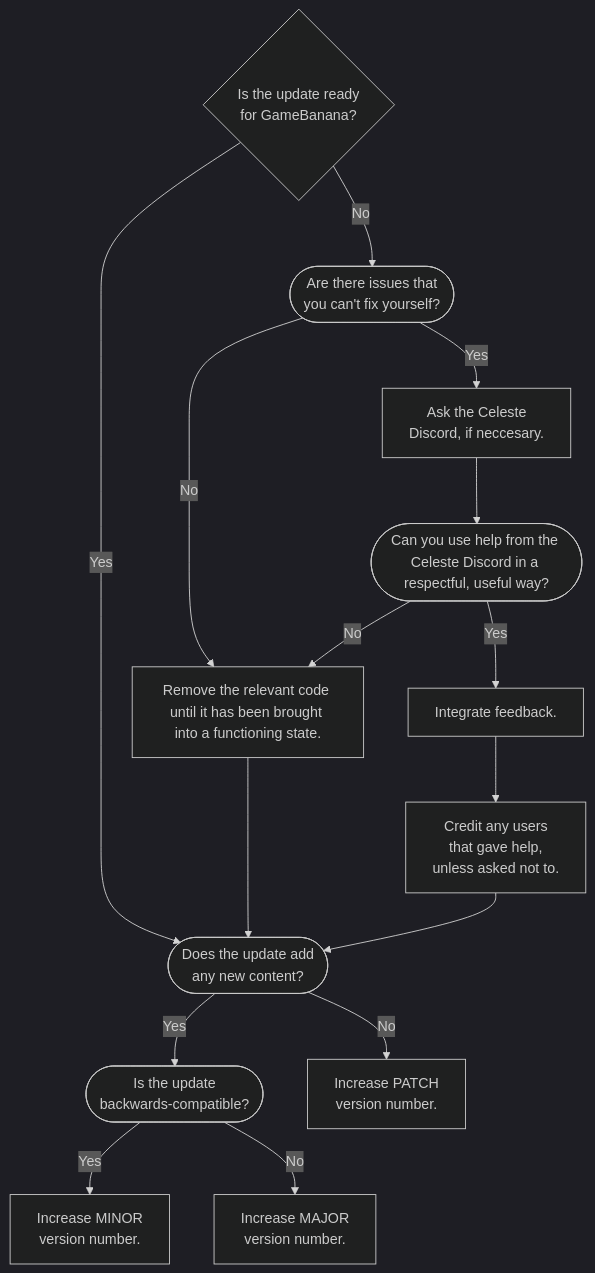
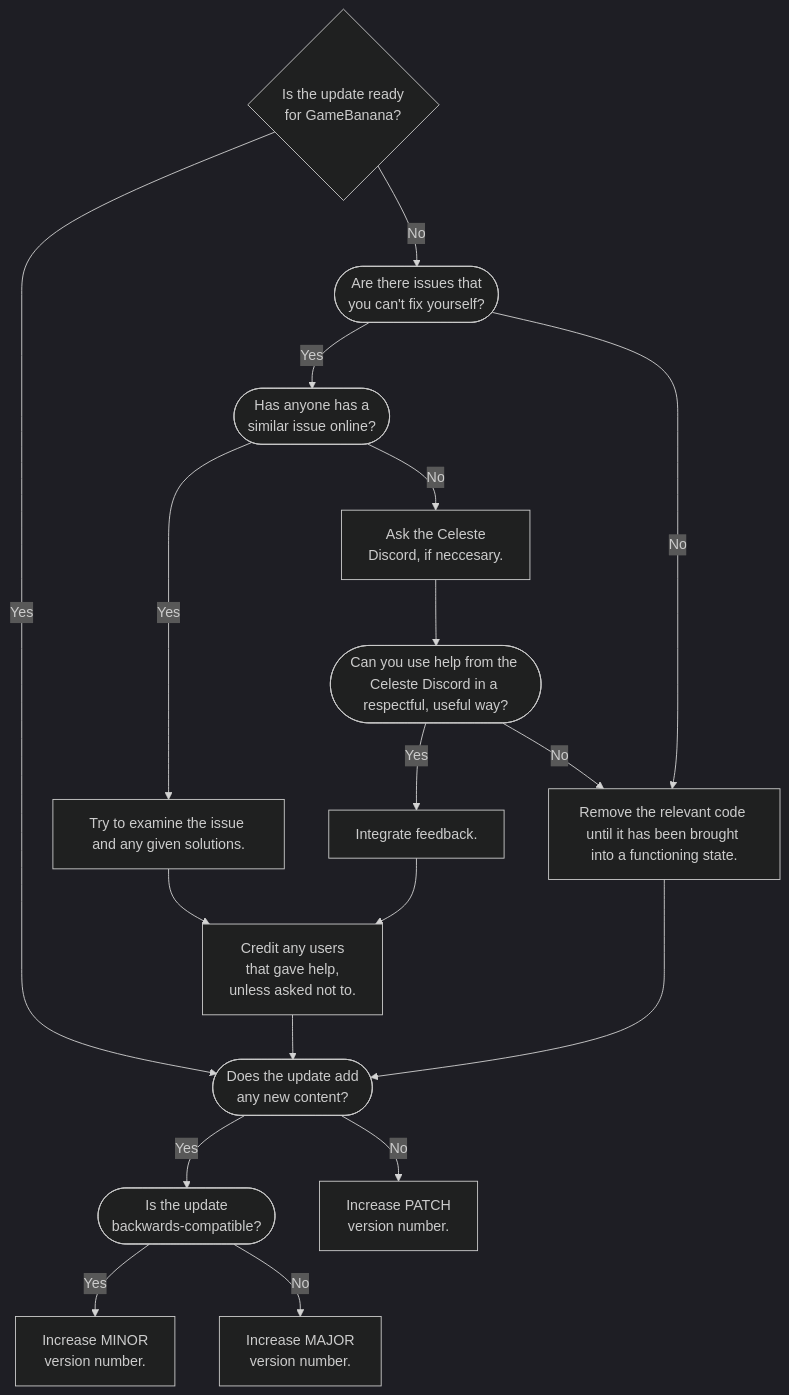
Before and after one commit to DatGuyAlex22/Follower-Addons-And-Such: the diagram in README.md, drawn with Mermaid (dark theme).

Commit message:
Updates for version 1.8.0.

````diff
--- a/README.md
+++ b/README.md
@@ -10,33 +10,38 @@
 ```mermaid
  flowchart TD
   Ready{Is the update ready\nfor GameBanana?}
 
   AddNew([Does the update add\nany new content?])
   MajorMinorUpdate([Is the update\nbackwards-compatible?])
   UpdatePatch[Increase PATCH\nversion number.]
   UpdateMinor[Increase MINOR\nversion number.]
   UpdateMajor[Increase MAJOR\nversion number.]
 
   FixSelf([Are there issues that\nyou can't fix yourself?])
+  OnInternet([Has anyone has a\nsimilar issue online?])
   AskClord[Ask the Celeste\nDiscord, if neccesary.]
   ClordCourtesy([Can you use help from the Celeste Discord in a respectful, useful way?])
   IntegrateClord[Integrate feedback.]
   CreditClord[Credit any users\nthat gave help,\nunless asked not to.]
   ScrapIdeaNextUpdate[Remove the relevant code until it has been brought into a functioning state.]
+  UseOnline[Try to examine the issue and any given solutions.]
 
   Ready -- Yes --> AddNew
   Ready -- No --> FixSelf
   AddNew -- Yes --> MajorMinorUpdate
   AddNew -- No --> UpdatePatch
   MajorMinorUpdate -- Yes --> UpdateMinor
   MajorMinorUpdate -- No --> UpdateMajor
 
-  FixSelf -- Yes --> AskClord
+  FixSelf -- Yes --> OnInternet
   FixSelf -- No --> ScrapIdeaNextUpdate
+  OnInternet -- Yes --> UseOnline
+  UseOnline --> CreditClord
+  OnInternet -- No --> AskClord
   ScrapIdeaNextUpdate --> AddNew
   AskClord --> ClordCourtesy
   ClordCourtesy -- Yes --> IntegrateClord
   IntegrateClord --> CreditClord
   CreditClord --> AddNew
   ClordCourtesy -- No --> ScrapIdeaNextUpdate
 ```
````
